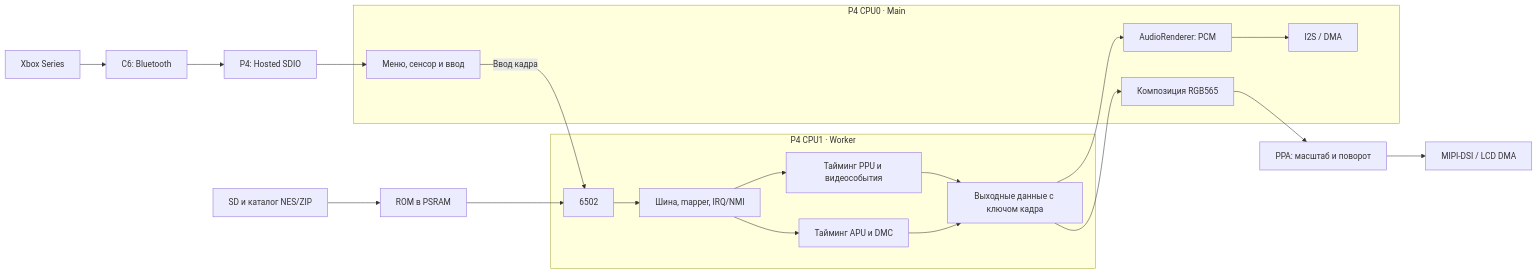
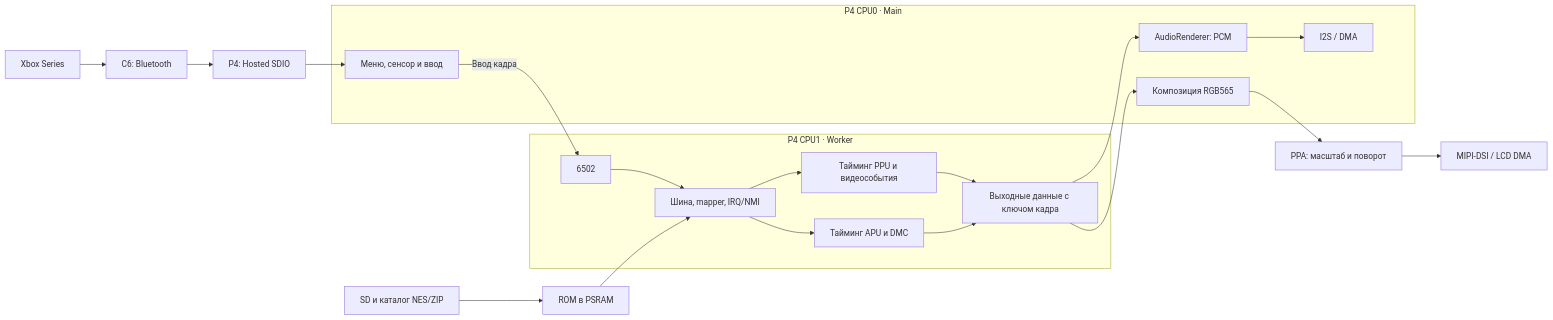
Before and after one commit to KirPoz/bitvyr: the first of 3 diagrams in bitvyr_nes_p4/betta/docs/02-architecture.md, drawn with Mermaid. The commit also changed other lines of this file and 63 other files, not shown here.

````diff
--- a/bitvyr_nes_p4/betta/docs/02-architecture.md
+++ b/bitvyr_nes_p4/betta/docs/02-architecture.md
@@ -5,27 +5,27 @@
 ```mermaid
 flowchart LR
     SD["SD и каталог NES/ZIP"] --> ROM["ROM в PSRAM"]
     PAD["Xbox Series"] --> BT["C6: Bluetooth"]
     BT --> HOST["P4: Hosted SDIO"]
     HOST --> UI
     subgraph P1["P4 CPU1 · Worker"]
       CPU["6502"] --> BUS["Шина, mapper, IRQ/NMI"]
       BUS --> PPU["Тайминг PPU и видеособытия"]
       BUS --> APU["Тайминг APU и DMC"]
       PPU --> OUT["Выходные данные с ключом кадра"]
       APU --> OUT
     end
     subgraph P0["P4 CPU0 · Main"]
       UI["Меню, сенсор и ввод"]
       COL["Композиция RGB565"]
       DSP["AudioRenderer: PCM"]
       I2S["I2S / DMA"]
     end
-    ROM --> CPU
+    ROM --> BUS
     UI -->|"Ввод кадра"| CPU
     OUT --> COL
     OUT --> DSP
     COL --> PPA["PPA: масштаб и поворот"]
     PPA --> LCD["MIPI-DSI / LCD DMA"]
     DSP --> I2S
 ```
````
